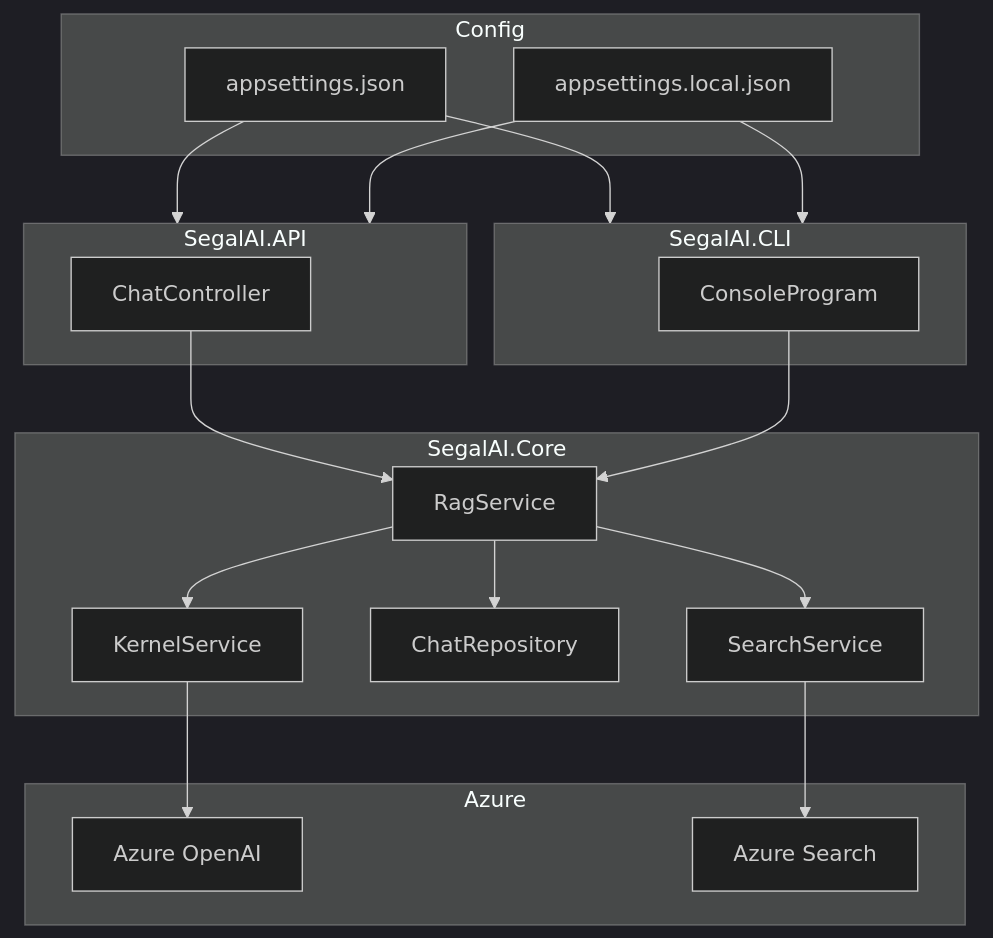
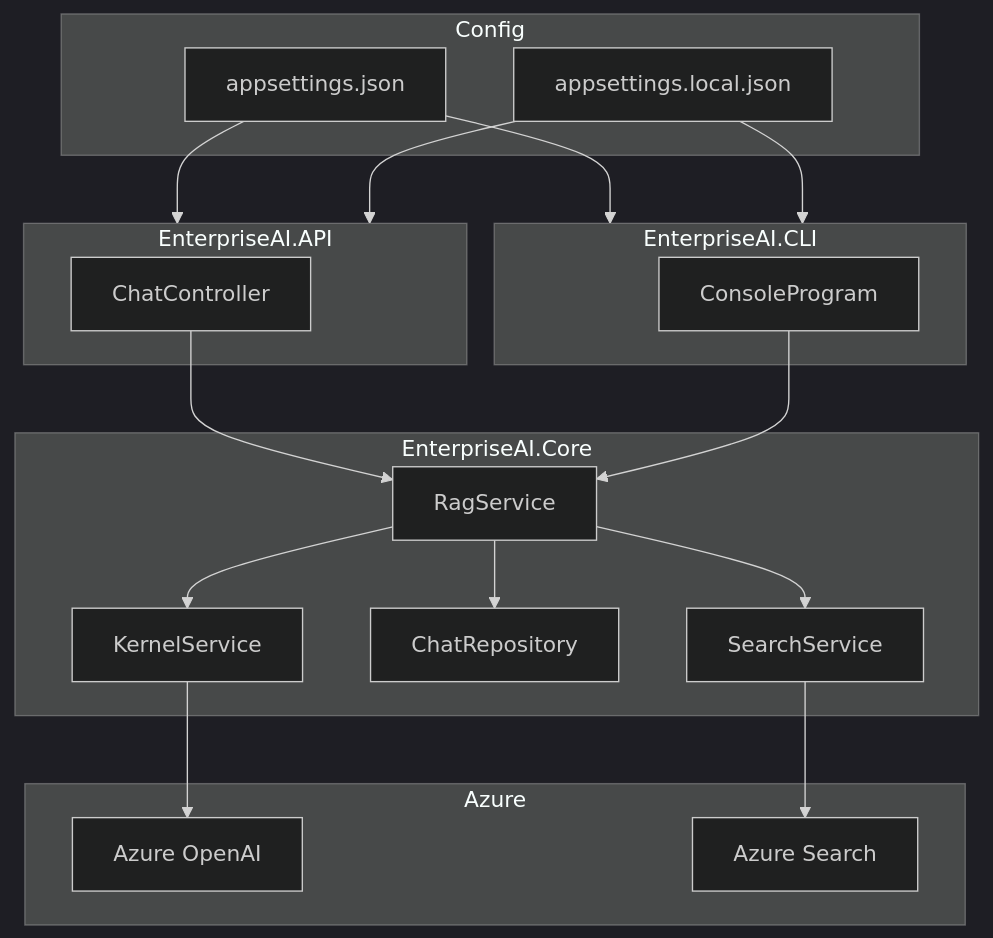
One commit to DroopyTersen/semantic-kernel-example changed the diagram in README.md. Above: the diagram before and after it, drawn with Mermaid (dark theme). The commit also changed other lines of this file and 28 other files, not shown here.

````diff
--- a/README.md
+++ b/README.md
@@ -147,44 +147,44 @@
 ```mermaid
 graph TD
-    subgraph Core[SegalAI.Core]
+    subgraph Core[EnterpriseAI.Core]
         KS[KernelService]
         RS[RagService]
         CR[ChatRepository]
         SS[SearchService]
     end
 
-    subgraph API[SegalAI.API]
+    subgraph API[EnterpriseAI.API]
         CC[ChatController]
     end
 
-    subgraph CLI[SegalAI.CLI]
+    subgraph CLI[EnterpriseAI.CLI]
         CP[ConsoleProgram]
     end
 
     subgraph Azure
         AOAI[Azure OpenAI]
         AS[Azure Search]
     end
 
     subgraph Config
         AJ[appsettings.json]
         AL[appsettings.local.json]
     end
 
     %% Core connections
     KS --> AOAI
     SS --> AS
     RS --> KS
     RS --> SS
     RS --> CR
 
     %% API connections
     CC --> RS
     AJ --> API
     AL --> API
 
     %% CLI connections
     CP --> RS
     AJ --> CLI
     AL --> CLI
 ```
````
